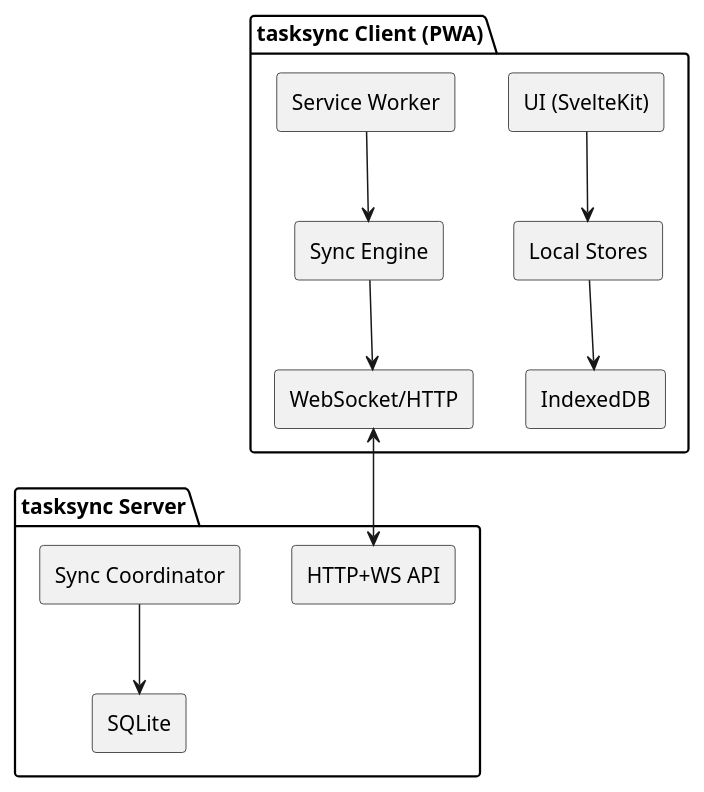
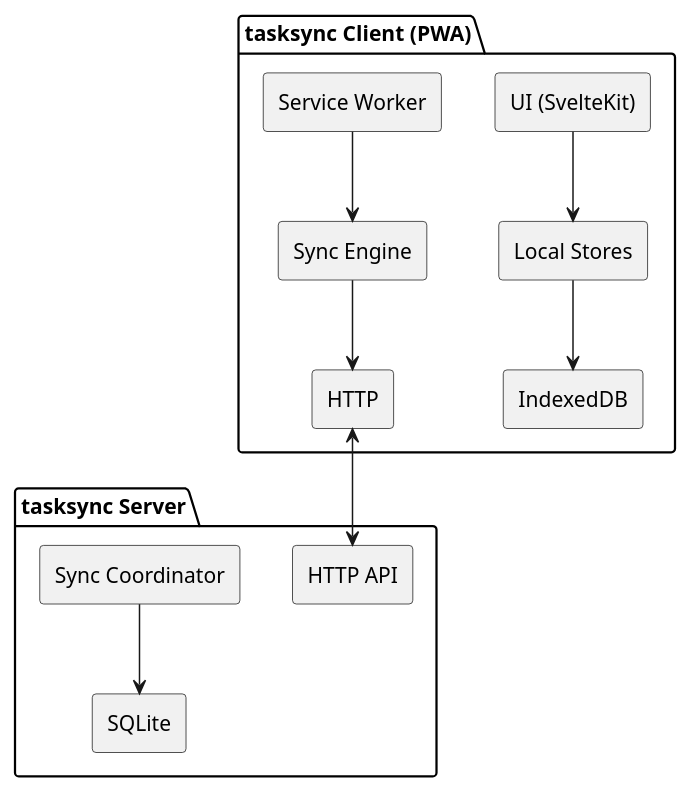
The diagram in docs/ARCHITECTURE.md (dtammam/tasksync), drawn with PlantUML before and after one commit. The commit also changed other lines of this file and 27 other files, not shown here.

````diff
--- a/docs/ARCHITECTURE.md
+++ b/docs/ARCHITECTURE.md
@@ -20,18 +20,18 @@
 ```plantuml
 @startuml
 skinparam componentStyle rectangle
 package "tasksync Client (PWA)" {
   [UI (SvelteKit)] --> [Local Stores]
   [Local Stores] --> [IndexedDB]
   [Service Worker] --> [Sync Engine]
-  [Sync Engine] --> [WebSocket/HTTP]
+  [Sync Engine] --> [HTTP]
 }
 package "tasksync Server" {
-  [HTTP+WS API]
+  [HTTP API]
   [Sync Coordinator]
   [SQLite]
 }
-[WebSocket/HTTP] <--> [HTTP+WS API]
+[HTTP] <--> [HTTP API]
 [Sync Coordinator] --> [SQLite]
 @enduml
 ```
````
